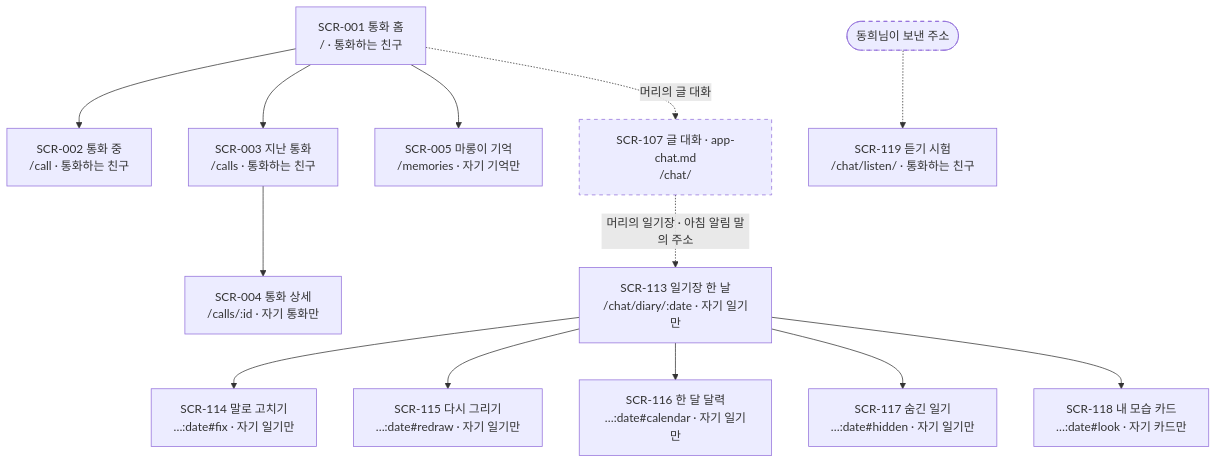
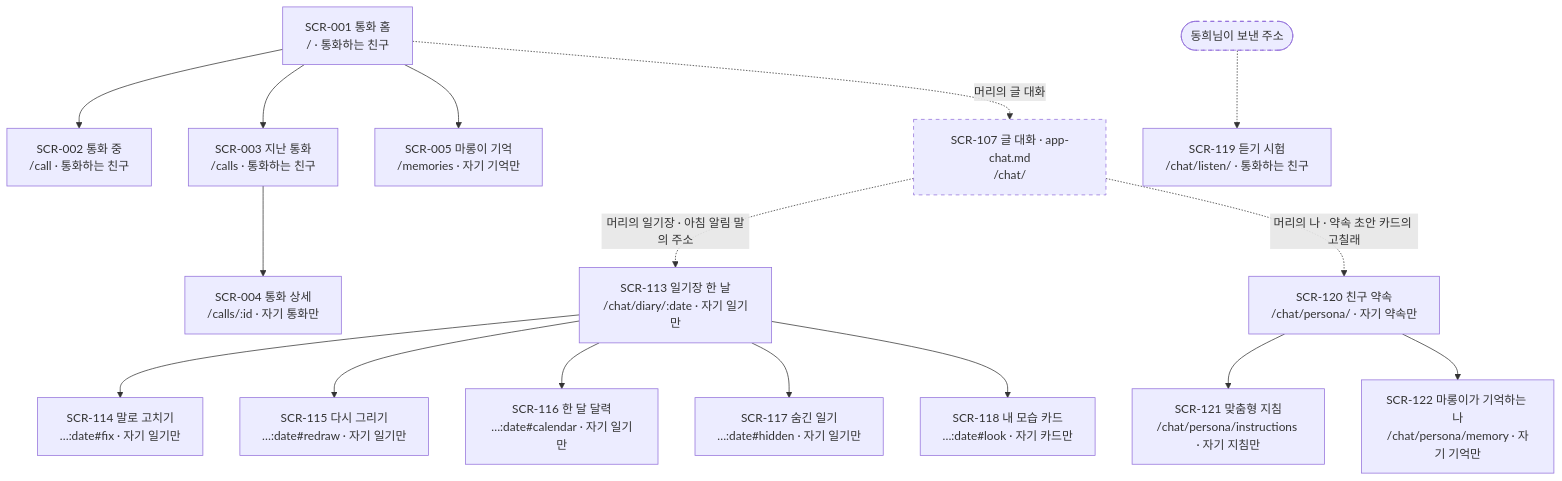
One commit to kodonghui/marong2 changed the diagram in docs/07-sitemap/sitemap.md. Above: the diagram before and after it, drawn with Mermaid. The commit also changed other lines of this file and 5 other files, not shown here.

````diff
--- a/docs/07-sitemap/sitemap.md
+++ b/docs/07-sitemap/sitemap.md
@@ -11,17 +11,20 @@
 ```mermaid
 flowchart TD
   SCR001["SCR-001 통화 홈<br/>/ · 통화하는 친구"] --> SCR002["SCR-002 통화 중<br/>/call · 통화하는 친구"]
   SCR001 --> SCR003["SCR-003 지난 통화<br/>/calls · 통화하는 친구"]
   SCR003 --> SCR004["SCR-004 통화 상세<br/>/calls/:id · 자기 통화만"]
   SCR001 --> SCR005["SCR-005 마롱이 기억<br/>/memories · 자기 기억만"]
   SCR001 -.->|머리의 글 대화| SCR107["SCR-107 글 대화 · app-chat.md<br/>/chat/"]
   SCR107 -.->|머리의 일기장 · 아침 알림 말의 주소| SCR113["SCR-113 일기장 한 날<br/>/chat/diary/:date · 자기 일기만"]
   SCR113 --> SCR114["SCR-114 말로 고치기<br/>…:date#fix · 자기 일기만"]
   SCR113 --> SCR115["SCR-115 다시 그리기<br/>…:date#redraw · 자기 일기만"]
   SCR113 --> SCR116["SCR-116 한 달 달력<br/>…:date#calendar · 자기 일기만"]
   SCR113 --> SCR117["SCR-117 숨긴 일기<br/>…:date#hidden · 자기 일기만"]
   SCR113 --> SCR118["SCR-118 내 모습 카드<br/>…:date#look · 자기 카드만"]
   LINK(["동희님이 보낸 주소"]) -.-> SCR119["SCR-119 듣기 시험<br/>/chat/listen/ · 통화하는 친구"]
+  SCR107 -.->|머리의 나 · 약속 초안 카드의 고칠래| SCR120["SCR-120 친구 약속<br/>/chat/persona/ · 자기 약속만"]
+  SCR120 --> SCR121["SCR-121 맞춤형 지침<br/>/chat/persona/instructions · 자기 지침만"]
+  SCR120 --> SCR122["SCR-122 마롱이가 기억하는 나<br/>/chat/persona/memory · 자기 기억만"]
   classDef outside stroke-dasharray: 5 5
   class SCR107,LINK outside
 ```
````
